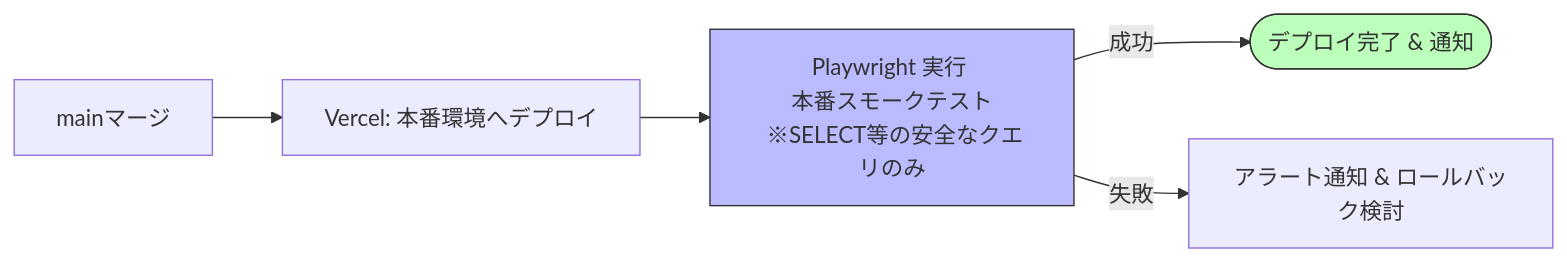
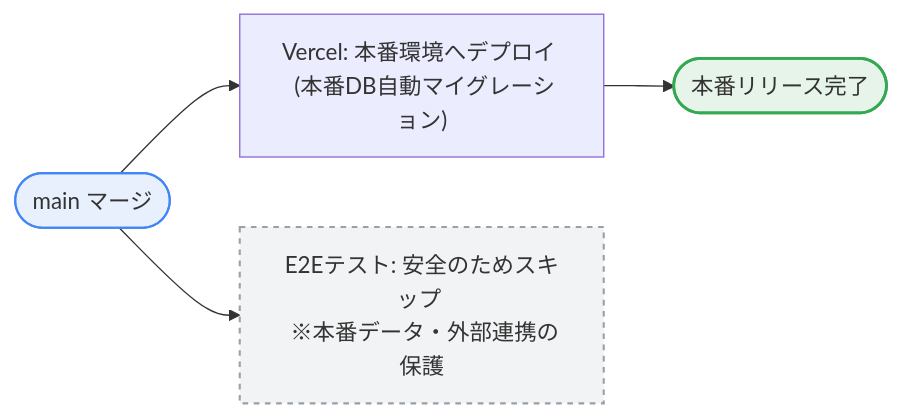
Before and after one commit to asaborian/material-request: the second of 2 diagrams in README.md, drawn with Mermaid. The commit also changed other lines of this file, not shown here.

Commit message:
docs: READMEのCI/CDパイプラインMermaid図を実態に合わせて更新

````diff
--- a/README.md
+++ b/README.md
@@ -40,10 +71,11 @@
 ```mermaid
-graph LR
-    classDef test fill:#bbf,stroke:#333,stroke-width:1px;
-    classDef success fill:#bfb,stroke:#333,stroke-width:1px;
+flowchart LR
+    classDef main fill:#e8f0fe,stroke:#4285f4,stroke-width:1.5px;
+    classDef success fill:#e6f4ea,stroke:#34a853,stroke-width:2px;
+    classDef skip fill:#f1f3f4,stroke:#9aa0a6,stroke-width:1.5px,stroke-dasharray: 4 4;
 
-    G[mainマージ] --> H[Vercel: 本番環境へデプロイ] --> I[Playwright 実行 <br> 本番スモークテスト <br> ※SELECT等の安全なクエリのみ]:::test
+    MERGE(["main マージ"]):::main --> VERCEL["Vercel: 本番環境へデプロイ <br> (本番DB自動マイグレーション)"]
+    MERGE --> SKIP["E2Eテスト: 安全のためスキップ <br> ※本番データ・外部連携の保護"]:::skip
 
-    I -->|成功| J([デプロイ完了 & 通知]):::success
-    I -->|失敗| Fail2[アラート通知 & ロールバック検討]
+    VERCEL --> RELEASE(["本番リリース完了"]):::success
 ```
````
